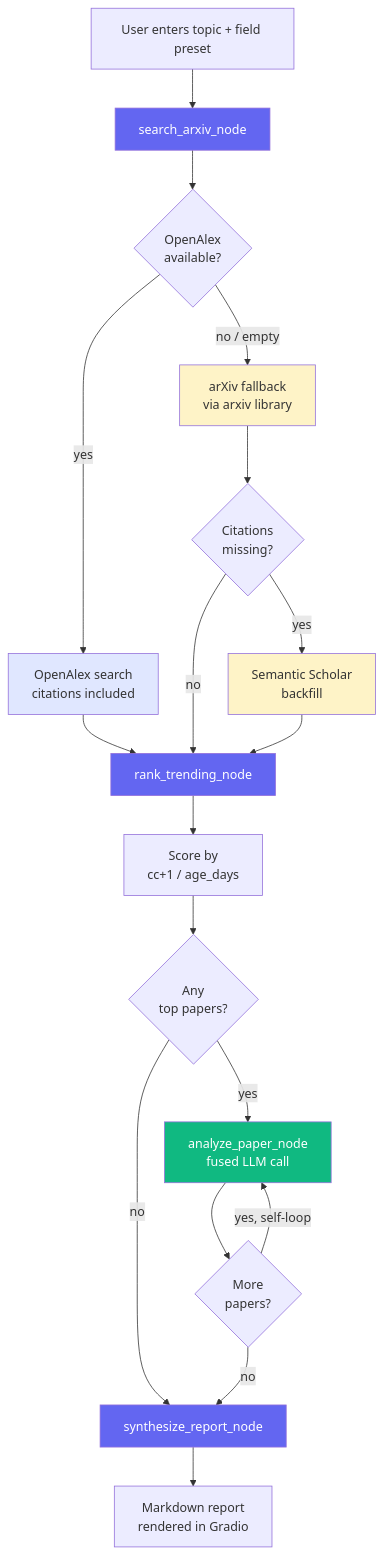
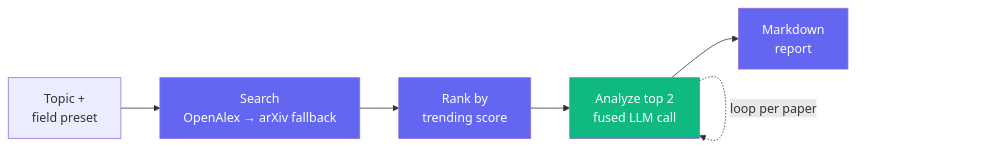
The diagram in README.md (ARIJIT00171/GapScope), drawn with Mermaid before and after one commit. The commit also changed other lines of this file, not shown here.

Commit message:
Add badges hero block and simplify flowchart
Replace plain demo link with centered title, tagline, and shields.io
badges (HF Spaces, GitHub, Python, Gradio). Collapse the process
flowchart from 15 nodes top-to-bottom to 5 nodes left-to-right with the
analyze step shown as a self-loop.

````diff
--- a/README.md
+++ b/README.md
@@ -30,28 +39,13 @@
 ```mermaid
-flowchart TD
-    A[User enters topic + field preset] --> B[search_arxiv_node]
-    B --> C{OpenAlex<br/>available?}
-    C -->|yes| D[OpenAlex search<br/>citations included]
-    C -->|no / empty| E[arXiv fallback<br/>via arxiv library]
-    D --> F[rank_trending_node]
-    E --> G{Citations<br/>missing?}
-    G -->|yes| H[Semantic Scholar<br/>backfill]
-    G -->|no| F
-    H --> F
-    F --> I[Score by<br/>cc+1 / age_days]
-    I --> J{Any<br/>top papers?}
-    J -->|no| N[synthesize_report_node]
-    J -->|yes| K[analyze_paper_node<br/>fused LLM call]
-    K --> L{More<br/>papers?}
-    L -->|yes, self-loop| K
-    L -->|no| N
-    N --> O[Markdown report<br/>rendered in Gradio]
+flowchart LR
+    A[Topic +<br/>field preset] --> B[Search<br/>OpenAlex → arXiv fallback]
+    B --> C[Rank by<br/>trending score]
+    C --> D[Analyze top 2<br/>fused LLM call]
+    D -. loop per paper .-> D
+    D --> E[Markdown<br/>report]
 
     style B fill:#6366f1,color:#fff
-    style F fill:#6366f1,color:#fff
-    style K fill:#10b981,color:#fff
-    style N fill:#6366f1,color:#fff
-    style D fill:#e0e7ff
-    style E fill:#fef3c7
-    style H fill:#fef3c7
+    style C fill:#6366f1,color:#fff
+    style D fill:#10b981,color:#fff
+    style E fill:#6366f1,color:#fff
 ```
````
